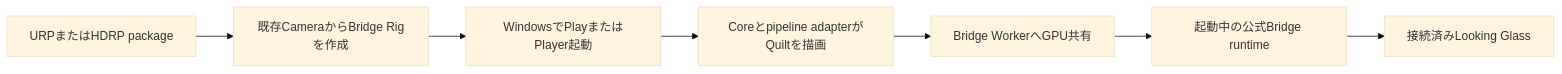
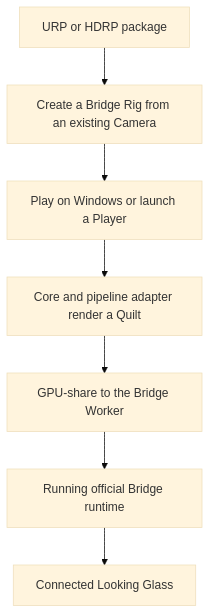
One commit to zabaglione/ViewWeave changed the first of 2 diagrams in docs/getting-started.md. Above: the diagram before and after it, drawn with Mermaid (base theme). The commit also changed other lines of this file and 68 other files, not shown here.

````diff
--- a/docs/getting-started.md
+++ b/docs/getting-started.md
@@ -7,9 +9,9 @@
 ```mermaid
-flowchart LR
-    Package["URPまたはHDRP package"] --> Rig["既存CameraからBridge Rigを作成"]
-    Rig --> Play["WindowsでPlayまたはPlayer起動"]
-    Play --> Render["Coreとpipeline adapterがQuiltを描画"]
-    Render --> Worker["Bridge WorkerへGPU共有"]
-    Worker --> Runtime["起動中の公式Bridge runtime"]
-    Runtime --> Device["接続済みLooking Glass"]
+flowchart TB
+    Package["URP or HDRP package"] --> Rig["Create a Bridge Rig from an existing Camera"]
+    Rig --> Play["Play on Windows or launch a Player"]
+    Play --> Render["Core and pipeline adapter render a Quilt"]
+    Render --> Worker["GPU-share to the Bridge Worker"]
+    Worker --> Runtime["Running official Bridge runtime"]
+    Runtime --> Device["Connected Looking Glass"]
 ```
````
